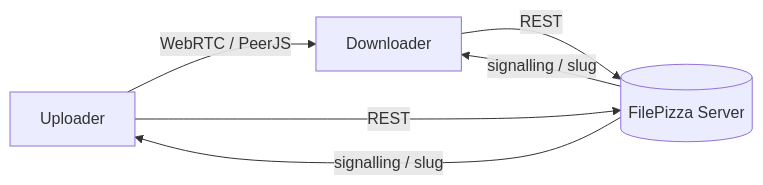
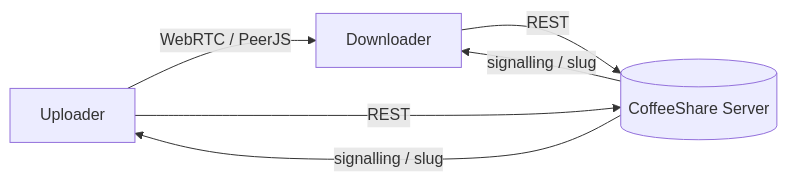
The first of 6 diagrams in docs/file-transfer-protocol.md (ShubhamKumarSahu-svg/CoffeeShare), drawn with Mermaid before and after one commit. The commit also changed other lines of this file, not shown here.

Commit message:
Rename remaining FilePizza references to CoffeeShare in docs

````diff
--- a/docs/file-transfer-protocol.md
+++ b/docs/file-transfer-protocol.md
@@ -10,8 +10,8 @@
 ```mermaid
 flowchart LR
     Uploader -- WebRTC / PeerJS --> Downloader
-    Uploader -- REST --> Server[(FilePizza Server)]
+    Uploader -- REST --> Server[(CoffeeShare Server)]
     Downloader -- REST --> Server
     Server -- signalling / slug --> Uploader
     Server -- signalling / slug --> Downloader
 ```
````
